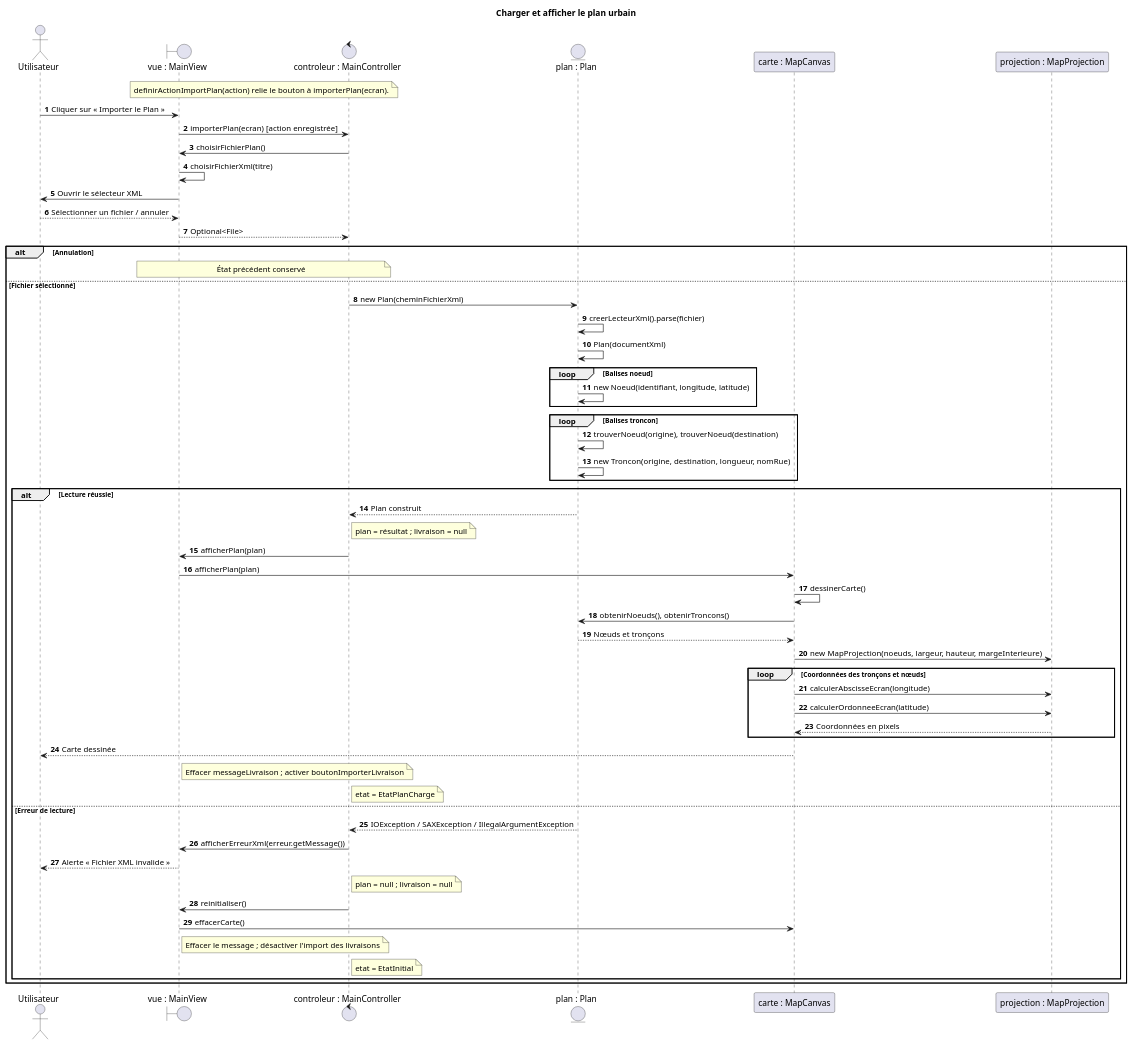
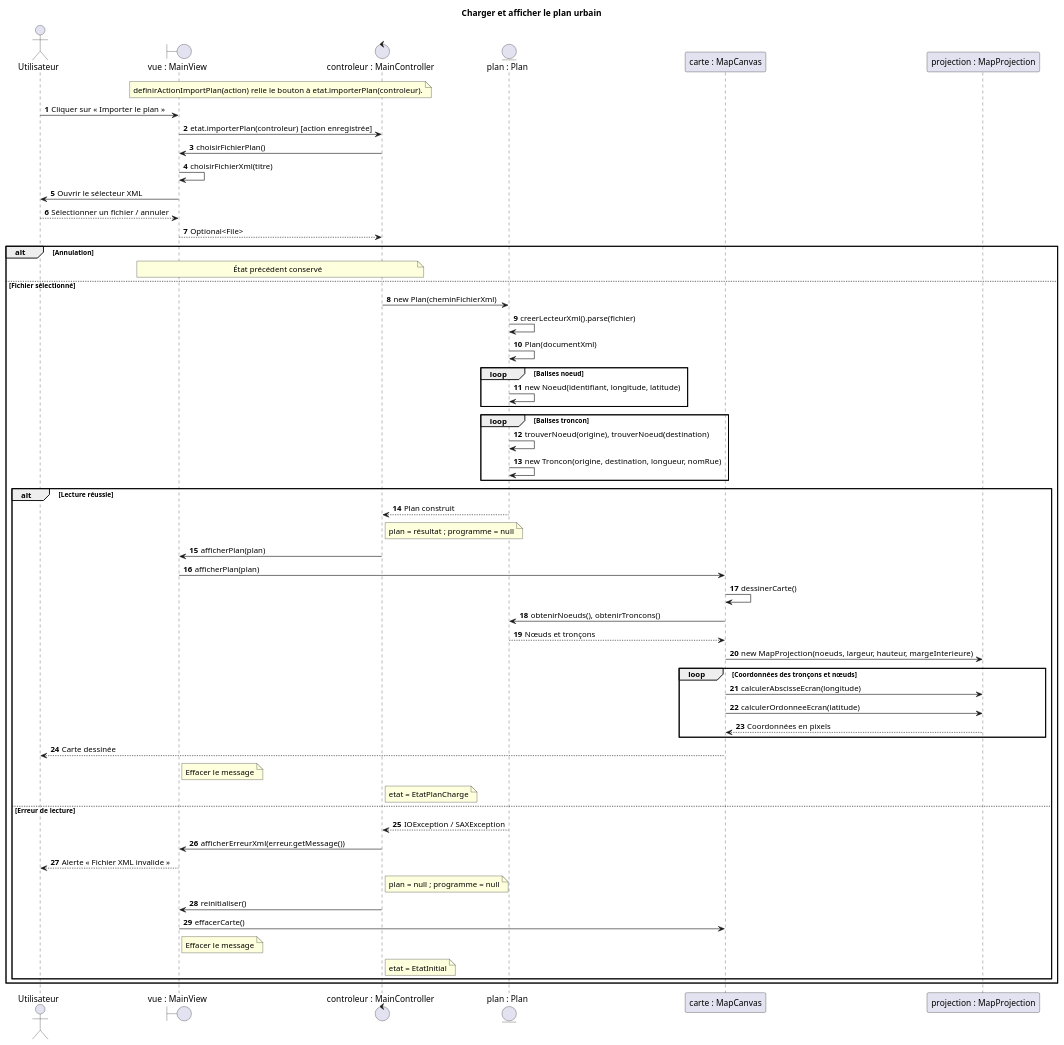
The diagram in docs/diagrams/sequence-chargement-plan.puml (tristanhp/Optimod-Lyon), drawn with PlantUML before and after one commit. The commit also changed 65 other files, not shown here.

```diff
--- a/docs/diagrams/sequence-chargement-plan.puml
+++ b/docs/diagrams/sequence-chargement-plan.puml
@@ -1,59 +1,59 @@
 @startuml sequence-chargement-plan
 title Charger et afficher le plan urbain
 autonumber
 actor Utilisateur as U
 boundary "vue : MainView" as V
 control "controleur : MainController" as C
 entity "plan : Plan" as P
 participant "carte : MapCanvas" as M
 participant "projection : MapProjection" as R
-note over V,C : definirActionImportPlan(action) relie le bouton à importerPlan(ecran).
-U -> V : Cliquer sur « Importer le Plan »
-V -> C : importerPlan(ecran) [action enregistrée]
+note over V,C : definirActionImportPlan(action) relie le bouton à etat.importerPlan(controleur).
+U -> V : Cliquer sur « Importer le plan »
+V -> C : etat.importerPlan(controleur) [action enregistrée]
 C -> V : choisirFichierPlan()
 V -> V : choisirFichierXml(titre)
 V -> U : Ouvrir le sélecteur XML
 U --> V : Sélectionner un fichier / annuler
 V --> C : Optional<File>
 alt Annulation
   note over V,C : État précédent conservé
 else Fichier sélectionné
   C -> P : new Plan(cheminFichierXml)
   P -> P : creerLecteurXml().parse(fichier)
   P -> P : Plan(documentXml)
   loop Balises noeud
     P -> P : new Noeud(identifiant, longitude, latitude)
   end
   loop Balises troncon
     P -> P : trouverNoeud(origine), trouverNoeud(destination)
     P -> P : new Troncon(origine, destination, longueur, nomRue)
   end
   alt Lecture réussie
     P --> C : Plan construit
-    note right of C : plan = résultat ; livraison = null
+    note right of C : plan = résultat ; programme = null
     C -> V : afficherPlan(plan)
     V -> M : afficherPlan(plan)
     M -> M : dessinerCarte()
     M -> P : obtenirNoeuds(), obtenirTroncons()
     P --> M : Nœuds et tronçons
     M -> R : new MapProjection(noeuds, largeur, hauteur, margeInterieure)
     loop Coordonnées des tronçons et nœuds
       M -> R : calculerAbscisseEcran(longitude)
       M -> R : calculerOrdonneeEcran(latitude)
       R --> M : Coordonnées en pixels
     end
     M --> U : Carte dessinée
-    note right of V : Effacer messageLivraison ; activer boutonImporterLivraison
+    note right of V : Effacer le message
     note right of C : etat = EtatPlanCharge
   else Erreur de lecture
-    P --> C : IOException / SAXException / IllegalArgumentException
+    P --> C : IOException / SAXException
     C -> V : afficherErreurXml(erreur.getMessage())
     V --> U : Alerte « Fichier XML invalide »
-    note right of C : plan = null ; livraison = null
+    note right of C : plan = null ; programme = null
     C -> V : reinitialiser()
     V -> M : effacerCarte()
-    note right of V : Effacer le message ; désactiver l'import des livraisons
+    note right of V : Effacer le message
     note right of C : etat = EtatInitial
   end
 end
 @enduml
```
